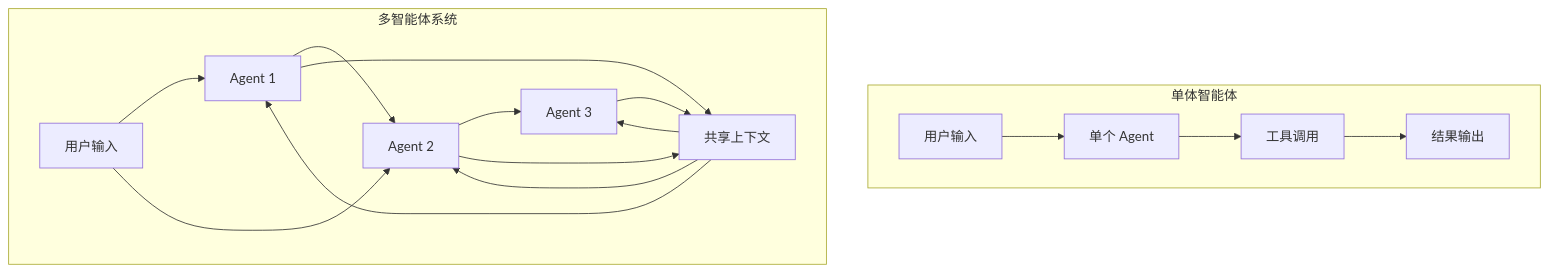
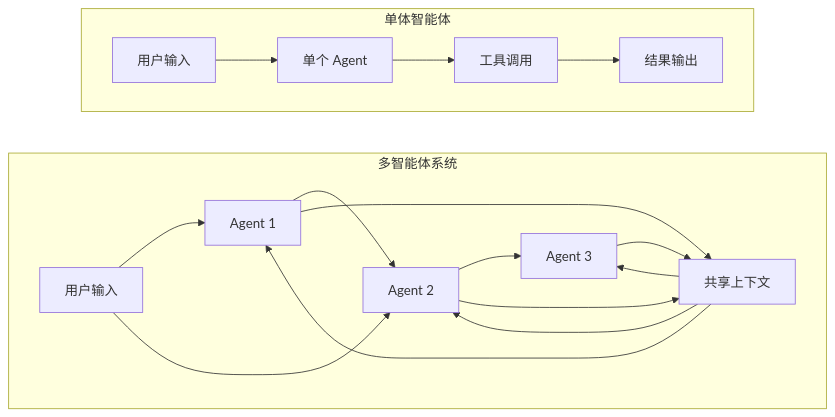
The first of 2 diagrams in 12_agent_attack_surface/12.7_multi_agent_security.md (yeasy/ai_security_guide), drawn with Mermaid before and after one commit. The commit also changed other lines of this file and 1 other file, not shown here.

Commit message:
style(智能体篇): PDF 中两张并排小图改为上下堆叠，14.5 两张六列表合并为四列
- 图 12-7、图 12-8：两个子图原本左右并排、各占半个版心，PDF 中字约 4pt。改为子图内横排、子图之间用不可见连线上下堆叠（宽约 2000→1000/1210），字号约放大一倍。
- 14.5.1「步骤/组件/职责/风险/控制/小节」与 14.5.2「步骤/发起方→接收方/发出/得到/把关/小节」两张表：mdPress 的表格为等宽列（table-layout: fixed），只放一个数字的「步骤」列与「小节」列各占 1/6 宽度，长句被挤成八九行。把步骤并入相邻列、小节号并入控制列括注，各改为四列；第一张表由近三页缩为两页。内容不变，经字符级差集校验：仅新增「旁路：」「与」「：」和小节括号，仅删去旁路行的「—」。

未处理：本节要点框跨页、章末页脚溢出成近空白页属于 mdPress 主题的分页规则（li 不跨页、orphans/widows），应在工具层统一调整，不在单本书里覆盖样式。

验证：check_project_rules、check_emphasis、67 项测试、format_checker、Mermaid 196/196、本地 PDF 与离线 HTML 构建及 verify_artifacts 通过；图 12-8 与 14.5.1 表在 PDF 第 359、402 页目检。

````diff
--- a/12_agent_attack_surface/12.7_multi_agent_security.md
+++ b/12_agent_attack_surface/12.7_multi_agent_security.md
@@ -9,27 +9,29 @@
 ```mermaid
-graph TB
-    subgraph "单体智能体"
-    U1["用户输入"] --> B1["单个 Agent"]
-    B1 --> C1["工具调用"]
-    C1 --> D1["结果输出"]
+flowchart TB
+    subgraph single ["单体智能体"]
+    direction LR
+    U1["用户输入"] --> B1["单个 Agent"] --> C1["工具调用"] --> D1["结果输出"]
     end
 
-    subgraph "多智能体系统"
+    subgraph multi ["多智能体系统"]
+    direction LR
     U["用户输入"]
     A1["Agent 1"]
     A2["Agent 2"]
     A3["Agent 3"]
     C["共享上下文"]
 
     U --> A1
     U --> A2
     A1 --> A2
     A2 --> A3
     A1 --> C
     A2 --> C
     A3 --> C
     C --> A1
     C --> A2
     C --> A3
     end
+
+    single ~~~ multi
 ```
````
